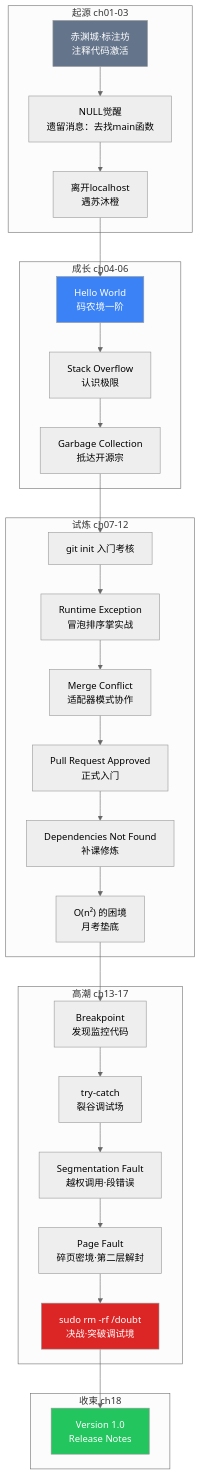
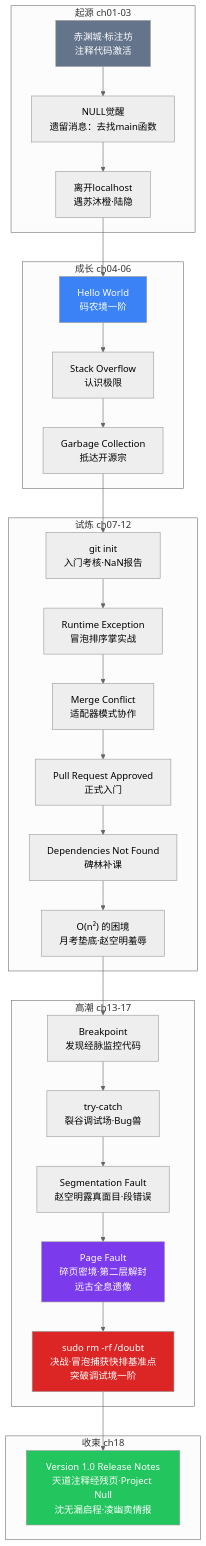
One commit to kevinten-ai/Compiling-the-Dao changed the fourth of 5 diagrams in README.md. Above: the diagram before and after it, drawn with Mermaid (neutral theme). The commit also changed other lines of this file, not shown here.

First line of the commit message:
docs(README): 重构README，补充世界观、人物、插画与Mermaid图示

````diff
--- a/README.md
+++ b/README.md
@@ -121,29 +272,30 @@
 ```mermaid
 graph TD
     subgraph "起源 ch01-03"
-        A1["赤渊城·标注坊<br/>注释代码激活"] --> A2["NULL觉醒<br/>遗留消息：去找main函数"] --> A3["离开localhost<br/>遇苏沐橙"]
+        A1["赤渊城·标注坊<br/>注释代码激活"] --> A2["NULL觉醒<br/>遗留消息：去找main函数"] --> A3["离开localhost<br/>遇苏沐橙·陆隐"]
     end
 
     subgraph "成长 ch04-06"
         A3 --> B1["Hello World<br/>码农境一阶"] --> B2["Stack Overflow<br/>认识极限"] --> B3["Garbage Collection<br/>抵达开源宗"]
     end
 
     subgraph "试炼 ch07-12"
-        B3 --> C1["git init 入门考核"] --> C2["Runtime Exception<br/>冒泡排序掌实战"] --> C3["Merge Conflict<br/>适配器模式协作"]
-        C3 --> C4["Pull Request Approved<br/>正式入门"] --> C5["Dependencies Not Found<br/>补课修炼"] --> C6["O(n²) 的困境<br/>月考垫底"]
+        B3 --> C1["git init<br/>入门考核·NaN报告"] --> C2["Runtime Exception<br/>冒泡排序掌实战"] --> C3["Merge Conflict<br/>适配器模式协作"]
+        C3 --> C4["Pull Request Approved<br/>正式入门"] --> C5["Dependencies Not Found<br/>碑林补课"] --> C6["O(n²) 的困境<br/>月考垫底·赵空明羞辱"]
     end
 
     subgraph "高潮 ch13-17"
-        C6 --> D1["Breakpoint<br/>发现监控代码"] --> D2["try-catch<br/>裂谷调试场"] --> D3["Segmentation Fault<br/>越权调用·段错误"]
-        D3 --> D4["Page Fault<br/>碎页密境·第二层解封"] --> D5["sudo rm -rf /doubt<br/>决战·突破调试境"]
+        C6 --> D1["Breakpoint<br/>发现经脉监控代码"] --> D2["try-catch<br/>裂谷调试场·Bug兽"] --> D3["Segmentation Fault<br/>赵空明露真面目·段错误"]
+        D3 --> D4["Page Fault<br/>碎页密境·第二层解封<br/>远古全息遗像"] --> D5["sudo rm -rf /doubt<br/>决战·冒泡捕获快排基准点<br/>突破调试境一阶"]
     end
 
     subgraph "收束 ch18"
-        D5 --> E1["Version 1.0<br/>Release Notes"]
+        D5 --> E1["Version 1.0 Release Notes<br/>天道注释经残页·Project Null<br/>沈无漏启程·凌幽卖情报"]
     end
 
     style A1 fill:#64748b,color:#fff
     style B1 fill:#3b82f6,color:#fff
+    style D4 fill:#7c3aed,color:#fff
     style D5 fill:#dc2626,color:#fff
     style E1 fill:#22c55e,color:#fff
 ```
````
